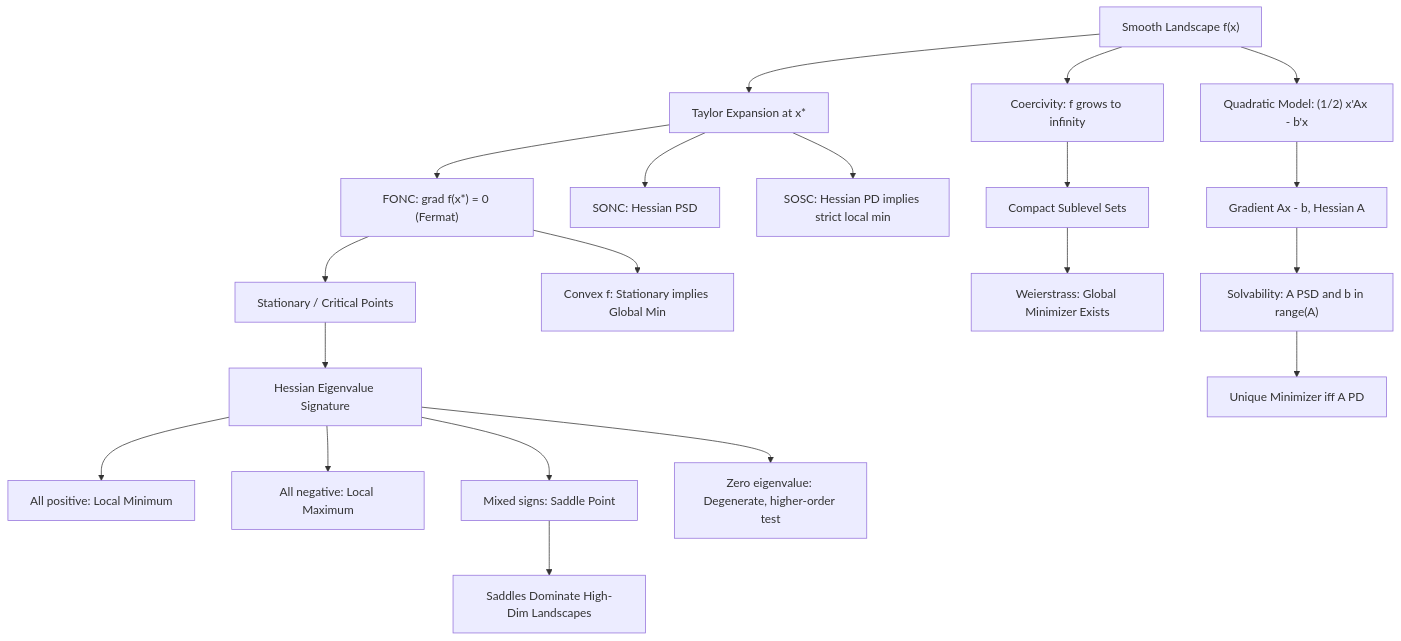
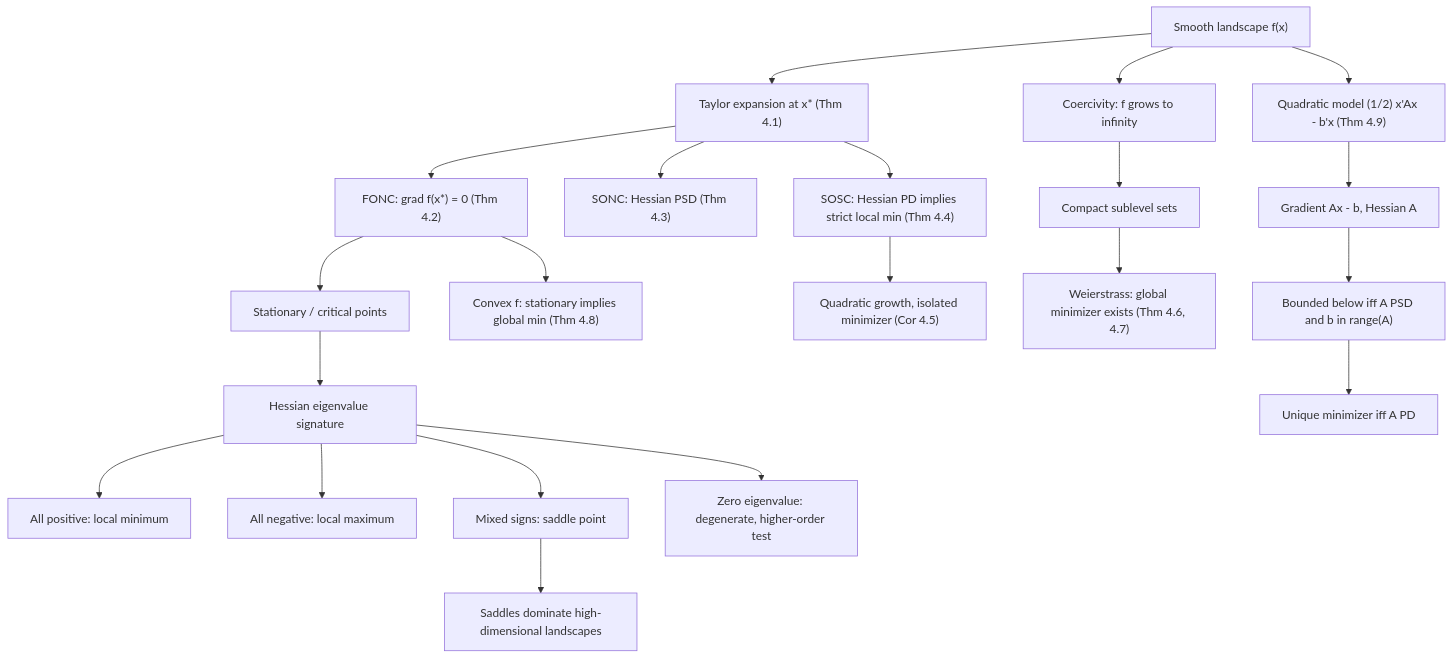
Before and after one commit to hien078/applied-mathematics-foundation: the diagram in optimization/02_unconstrained_optimality_conditions/README.md, drawn with Mermaid. The commit also changed other lines of this file and 150 other files, not shown here.

````diff
--- a/optimization/02_unconstrained_optimality_conditions/README.md
+++ b/optimization/02_unconstrained_optimality_conditions/README.md
@@ -28,22 +43,23 @@
 ```mermaid
 graph TD
-    A["Smooth Landscape f(x)"] --> B["Taylor Expansion at x*"]
-    B --> C["FONC: grad f(x*) = 0 (Fermat)"]
-    C --> D["Stationary / Critical Points"]
-    B --> E["SONC: Hessian PSD"]
-    B --> F["SOSC: Hessian PD implies strict local min"]
-    D --> G["Hessian Eigenvalue Signature"]
-    G --> H["All positive: Local Minimum"]
-    G --> I["All negative: Local Maximum"]
-    G --> J["Mixed signs: Saddle Point"]
-    G --> K["Zero eigenvalue: Degenerate, higher-order test"]
-    A --> L["Coercivity: f grows to infinity"]
-    L --> M["Compact Sublevel Sets"]
-    M --> N["Weierstrass: Global Minimizer Exists"]
-    A --> O["Quadratic Model: (1/2) x'Ax - b'x"]
-    O --> P["Gradient Ax - b, Hessian A"]
-    P --> Q["Solvability: A PSD and b in range(A)"]
-    Q --> R["Unique Minimizer iff A PD"]
-    J --> S["Saddles Dominate High-Dim Landscapes"]
-    C --> T["Convex f: Stationary implies Global Min"]
+    A["Smooth landscape f(x)"] --> B["Taylor expansion at x* (Thm 4.1)"]
+    B --> C["FONC: grad f(x*) = 0 (Thm 4.2)"]
+    C --> D["Stationary / critical points"]
+    B --> E["SONC: Hessian PSD (Thm 4.3)"]
+    B --> F["SOSC: Hessian PD implies strict local min (Thm 4.4)"]
+    F --> G["Quadratic growth, isolated minimizer (Cor 4.5)"]
+    D --> H["Hessian eigenvalue signature"]
+    H --> I["All positive: local minimum"]
+    H --> J["All negative: local maximum"]
+    H --> K["Mixed signs: saddle point"]
+    H --> L["Zero eigenvalue: degenerate, higher-order test"]
+    A --> M["Coercivity: f grows to infinity"]
+    M --> N["Compact sublevel sets"]
+    N --> O["Weierstrass: global minimizer exists (Thm 4.6, 4.7)"]
+    A --> P["Quadratic model (1/2) x'Ax - b'x (Thm 4.9)"]
+    P --> Q["Gradient Ax - b, Hessian A"]
+    Q --> R["Bounded below iff A PSD and b in range(A)"]
+    R --> S["Unique minimizer iff A PD"]
+    K --> T["Saddles dominate high-dimensional landscapes"]
+    C --> U["Convex f: stationary implies global min (Thm 4.8)"]
 ```
````
